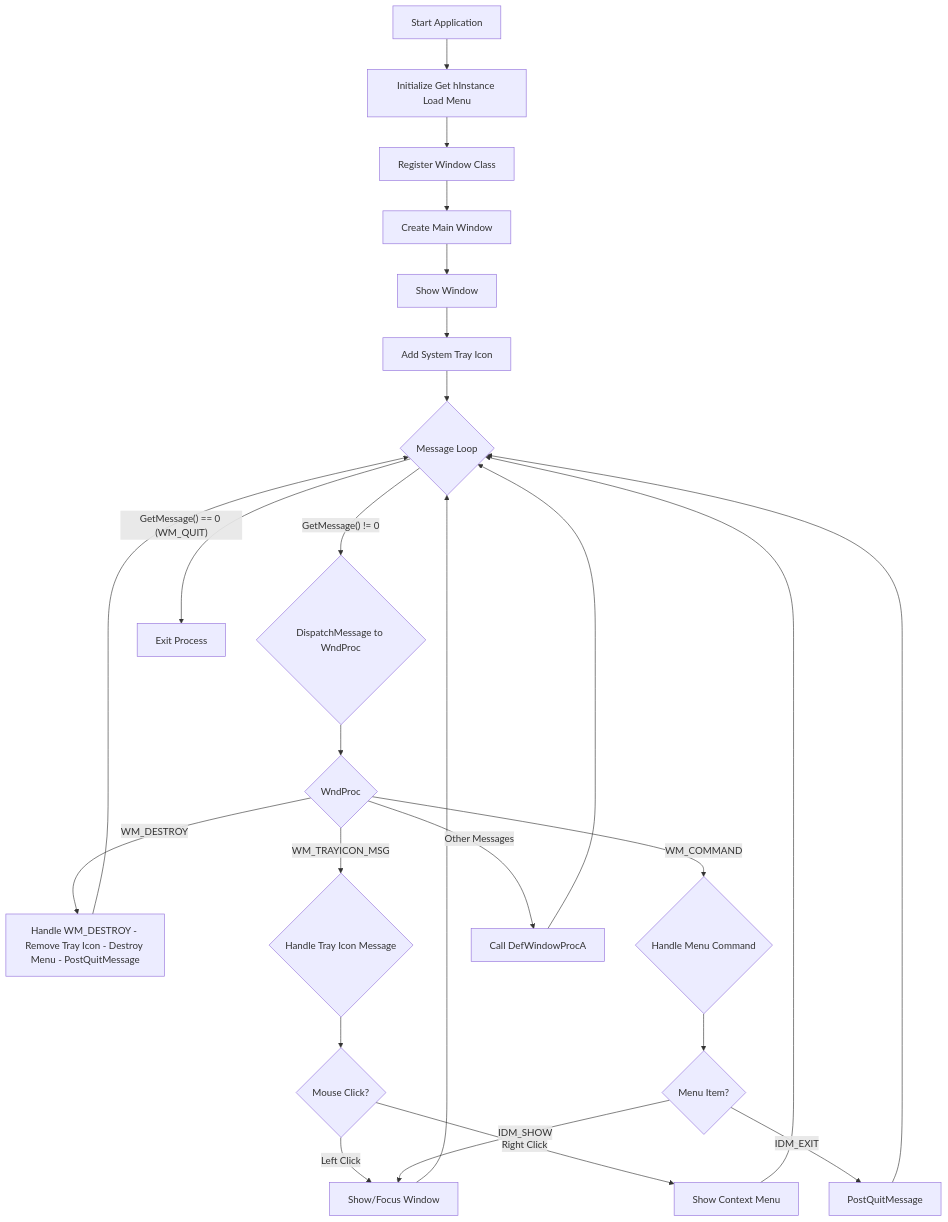
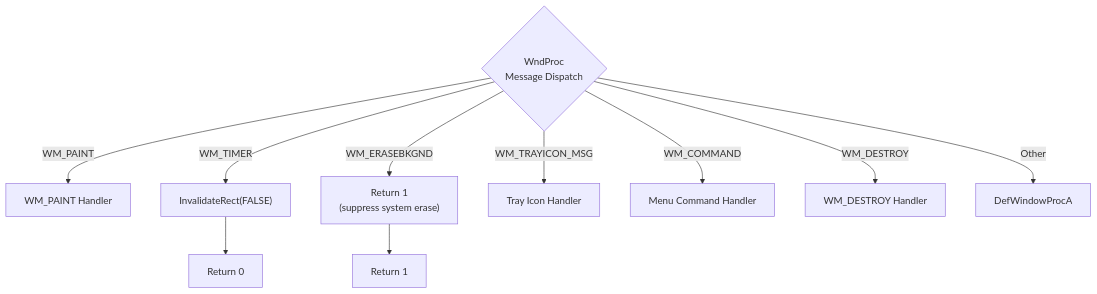
Before and after one commit to popsteve/NASM-app-with-trayicon: the third of 7 diagrams in flowchart.md, drawn with Mermaid. The commit also changed other lines of this file, not shown here.

Commit message:
docs: Rewrite flowchart for V3 architecture

````diff
--- a/flowchart.md
+++ b/flowchart.md
@@ -1,32 +36,13 @@
 ```mermaid
-graph TD;
-    Start["Start Application"] --> Init["Initialize Get hInstance Load Menu"];
-    Init --> RegisterClass["Register Window Class"];
-    RegisterClass --> CreateWindow["Create Main Window"];
-    CreateWindow --> ShowWindow["Show Window"];
-    ShowWindow --> AddTrayIcon["Add System Tray Icon"];
-    AddTrayIcon --> MessageLoop{"Message Loop"};
-    
-    MessageLoop -- "GetMessage() != 0" --> Dispatch{"DispatchMessage to WndProc"};
-    MessageLoop -- "GetMessage() == 0 (WM_QUIT)" --> Exit["Exit Process"];
+graph TD
+    WndProc{"WndProc<br/>Message Dispatch"} -- "WM_PAINT" --> Paint["WM_PAINT Handler"]
+    WndProc -- "WM_TIMER" --> Timer["InvalidateRect(FALSE)"]
+    WndProc -- "WM_ERASEBKGND" --> Erase["Return 1<br/>(suppress system erase)"]
+    WndProc -- "WM_TRAYICON_MSG" --> Tray["Tray Icon Handler"]
+    WndProc -- "WM_COMMAND" --> Cmd["Menu Command Handler"]
+    WndProc -- "WM_DESTROY" --> Destroy["WM_DESTROY Handler"]
+    WndProc -- "Other" --> DefProc["DefWindowProcA"]
 
-    Dispatch --> WndProc{"WndProc"};
-    WndProc -- "WM_DESTROY" --> HandleDestroy["Handle WM_DESTROY - Remove Tray Icon - Destroy Menu - PostQuitMessage"];
-    HandleDestroy --> MessageLoop;
-
-    WndProc -- "WM_TRAYICON_MSG" --> HandleTrayMsg{"Handle Tray Icon Message"};
-    HandleTrayMsg --> CheckTrayClick{"Mouse Click?"};
-    CheckTrayClick -- "Left Click" --> ShowHideWindow["Show/Focus Window"];
-    CheckTrayClick -- "Right Click" --> ShowContextMenu["Show Context Menu"];
-    ShowHideWindow --> MessageLoop;
-    ShowContextMenu --> MessageLoop;
-
-    WndProc -- "WM_COMMAND" --> HandleCommand{"Handle Menu Command"};
-    HandleCommand --> CheckMenuItem{"Menu Item?"};
-    CheckMenuItem -- "IDM_SHOW" --> ShowHideWindow;
-    CheckMenuItem -- "IDM_EXIT" --> PostQuit["PostQuitMessage"];
-    PostQuit --> MessageLoop;
-
-    WndProc -- "Other Messages" --> DefaultProc["Call DefWindowProcA"];
-    DefaultProc --> MessageLoop;
+    Timer --> Return0["Return 0"]
+    Erase --> Return1["Return 1"]
 ```
````
